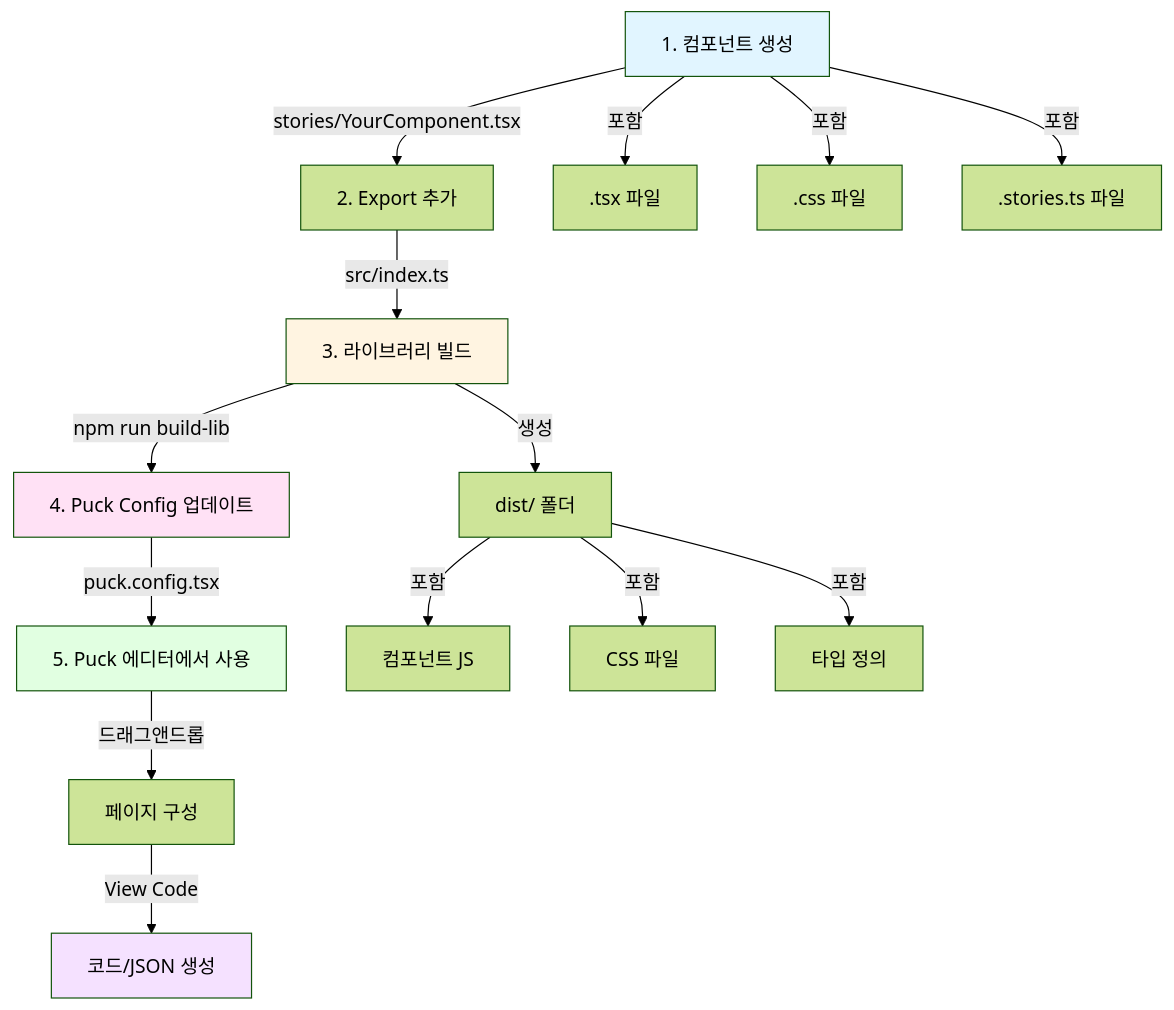
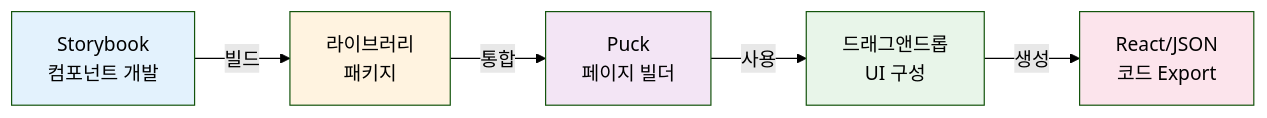
Before and after one commit to rireya/test-puck: the first of 2 diagrams in WORKFLOW.md, drawn with Mermaid (forest theme). The commit also changed other lines of this file, not shown here.

Commit message:
워크플로우 수정

````diff
--- a/WORKFLOW.md
+++ b/WORKFLOW.md
@@ -5,25 +7,13 @@
 ```mermaid
-graph TD
-    A[1. 컴포넌트 생성] -->|stories/YourComponent.tsx| B[2. Export 추가]
-    B -->|src/index.ts| C[3. 라이브러리 빌드]
-    C -->|npm run build-lib| D[4. Puck Config 업데이트]
-    D -->|puck.config.tsx| E[5. Puck 에디터에서 사용]
+graph LR
+    A[Storybook<br/>컴포넌트 개발] -->|빌드| B[라이브러리<br/>패키지]
+    B -->|통합| C[Puck<br/>페이지 빌더]
+    C -->|사용| D[드래그앤드롭<br/>UI 구성]
+    D -->|생성| E[React/JSON<br/>코드 Export]
 
-    A -->|포함| A1[.tsx 파일]
-    A -->|포함| A2[.css 파일]
-    A -->|포함| A3[.stories.ts 파일]
-
-    C -->|생성| C1[dist/ 폴더]
-    C1 -->|포함| C2[컴포넌트 JS]
-    C1 -->|포함| C3[CSS 파일]
-    C1 -->|포함| C4[타입 정의]
-
-    E -->|드래그앤드롭| F[페이지 구성]
-    F -->|View Code| G[코드/JSON 생성]
-
-    style A fill:#e1f5ff
-    style C fill:#fff4e1
-    style D fill:#ffe1f5
-    style E fill:#e1ffe1
-    style G fill:#f5e1ff
+    style A fill:#e3f2fd
+    style B fill:#fff3e0
+    style C fill:#f3e5f5
+    style D fill:#e8f5e9
+    style E fill:#fce4ec
 ```
````
